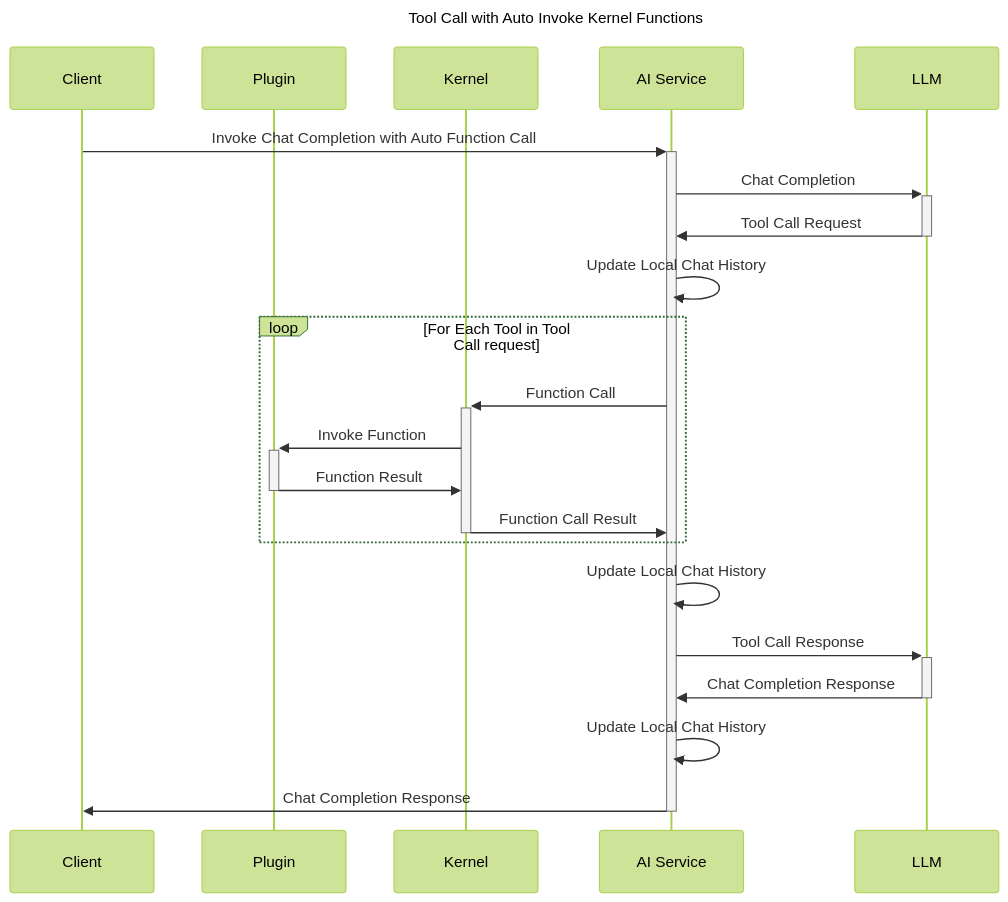
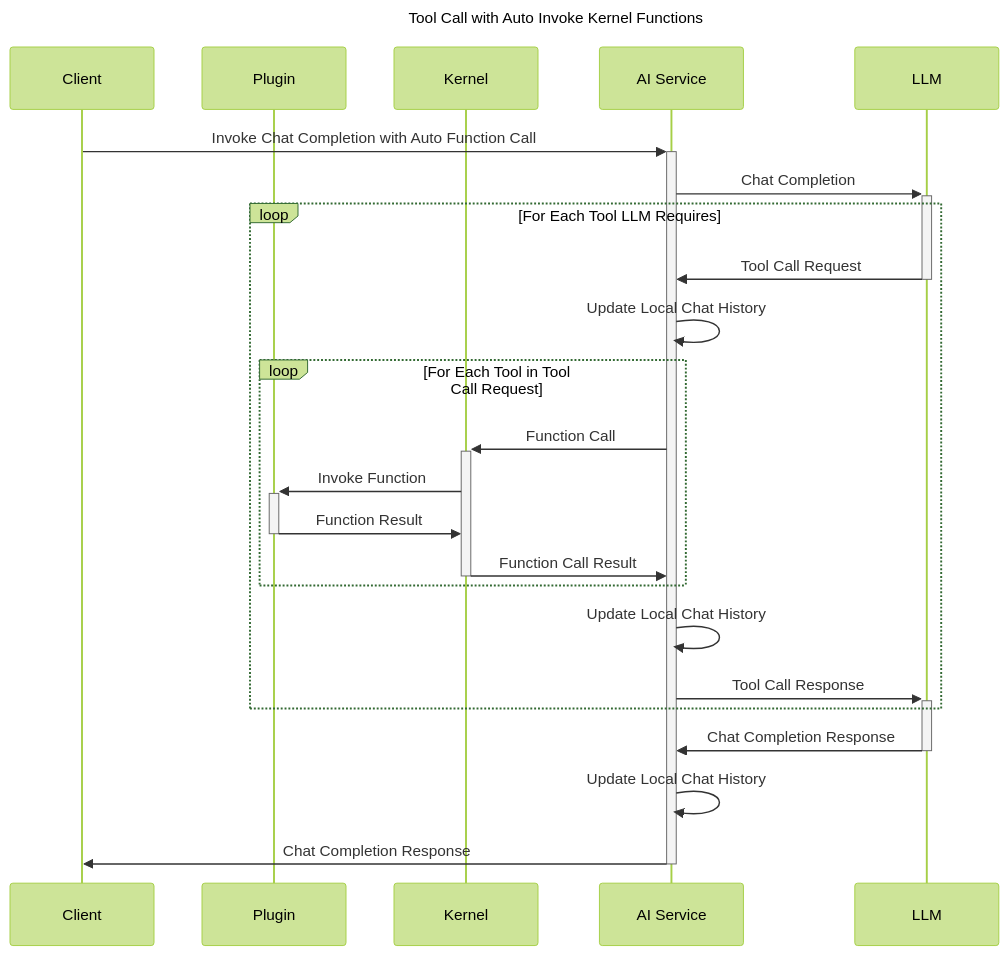
One commit to microsoft/semantic-kernel changed the diagram in docs/decisions/diagrams/tool-call-auto-invoke.mmd. Above: the diagram before and after it, drawn with Mermaid (forest theme).

Commit message:
Add additional loop for each tool call the LLM requires

```diff
--- a/docs/decisions/diagrams/tool-call-auto-invoke.mmd
+++ b/docs/decisions/diagrams/tool-call-auto-invoke.mmd
@@ -1,24 +1,26 @@
 ---
 title: Tool Call with Auto Invoke Kernel Functions
 ---
 sequenceDiagram
     participant Client
     participant Plugin
     participant Kernel
     participant AI Service
     participant LLM
     Client->>+AI Service: Invoke Chat Completion with Auto Function Call
     AI Service->>+LLM: Chat Completion
+    loop For Each Tool LLM Requires
     LLM->>-AI Service: Tool Call Request
     AI Service->>AI Service: Update Local Chat History
-    loop For Each Tool in Tool Call request
+    loop For Each Tool in Tool Call Request
     AI Service->>+Kernel: Function Call
     Kernel->>+Plugin: Invoke Function
     Plugin->>-Kernel: Function Result
     Kernel->>-AI Service: Function Call Result
     end
     AI Service->>AI Service: Update Local Chat History
     AI Service->>+LLM: Tool Call Response
+    end
     LLM->>-AI Service: Chat Completion Response
     AI Service->>AI Service: Update Local Chat History
     AI Service->>-Client: Chat Completion Response
```
